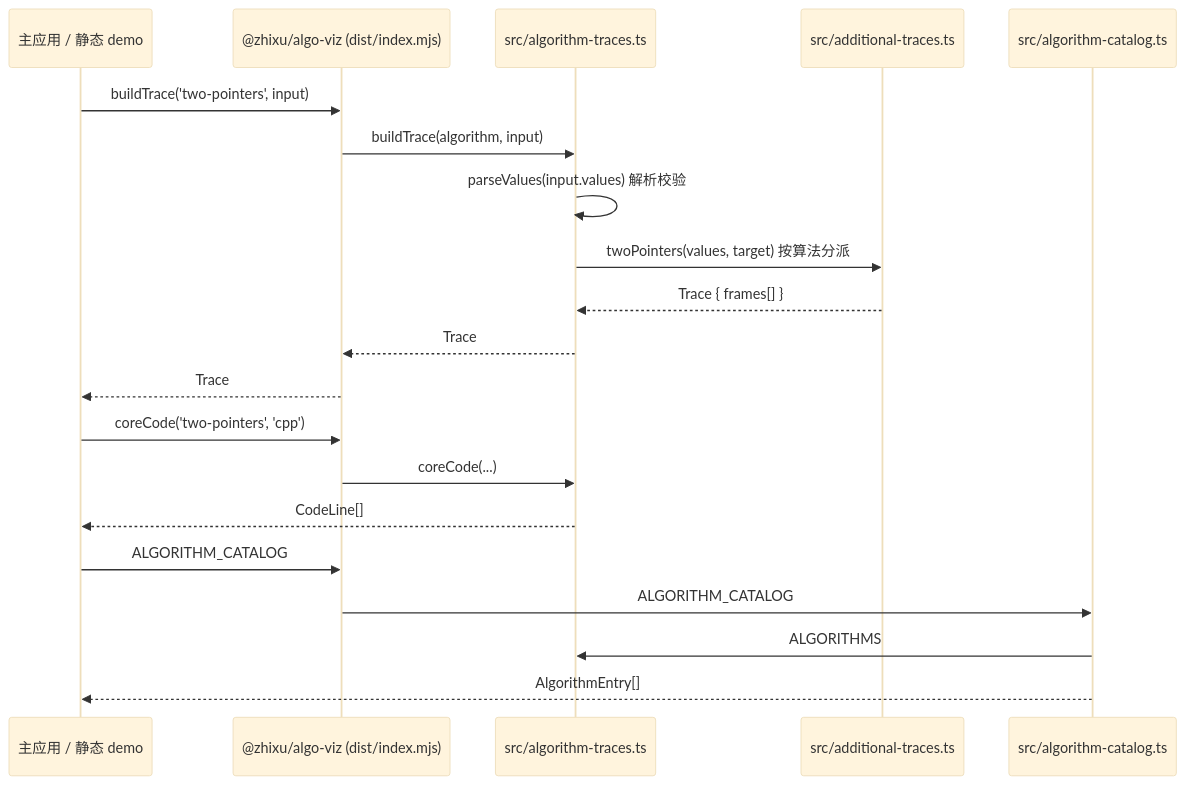
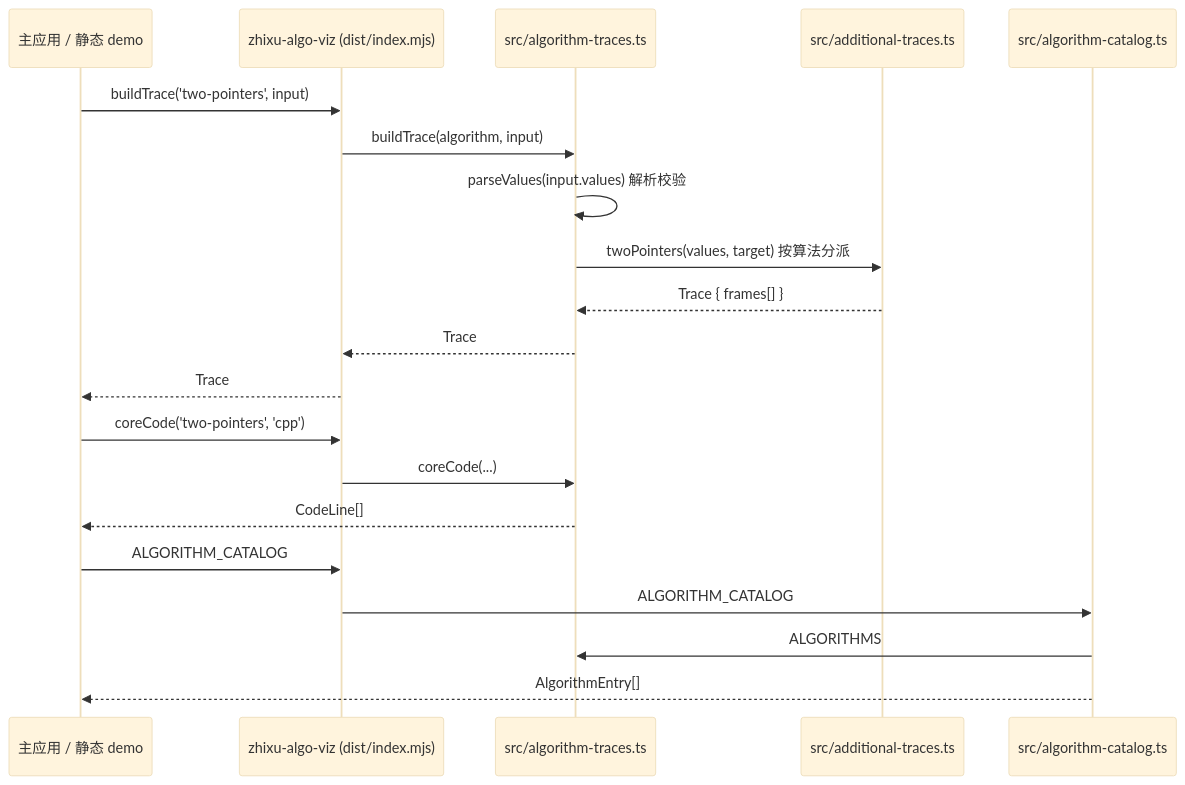
One commit to baiyujing-rain/zhixu changed the second of 4 diagrams in docs/algorithm-package-design.md. Above: the diagram before and after it, drawn with Mermaid (base theme). The commit also changed other lines of this file and 11 other files, not shown here.

First line of the commit message:
chore: 包名 @zhixu/algo-viz → zhixu-algo-viz（无 scope，发布更省事）

````diff
--- a/docs/algorithm-package-design.md
+++ b/docs/algorithm-package-design.md
@@ -344,25 +344,25 @@
 ```mermaid
 sequenceDiagram
     participant Consumer as 主应用 / 静态 demo
-    participant Package as @zhixu/algo-viz (dist/index.mjs)
+    participant Package as zhixu-algo-viz (dist/index.mjs)
     participant Traces as src/algorithm-traces.ts
     participant Extra as src/additional-traces.ts
     participant Catalog as src/algorithm-catalog.ts
 
     Consumer->>Package: buildTrace('two-pointers', input)
     Package->>Traces: buildTrace(algorithm, input)
     Traces->>Traces: parseValues(input.values) 解析校验
     Traces->>Extra: twoPointers(values, target) 按算法分派
     Extra-->>Traces: Trace { frames[] }
     Traces-->>Package: Trace
     Package-->>Consumer: Trace
 
     Consumer->>Package: coreCode('two-pointers', 'cpp')
     Package->>Traces: coreCode(...)
     Traces-->>Consumer: CodeLine[]
 
     Consumer->>Package: ALGORITHM_CATALOG
     Package->>Catalog: ALGORITHM_CATALOG
     Catalog->>Traces: ALGORITHMS
     Catalog-->>Consumer: AlgorithmEntry[]
 ```
````
